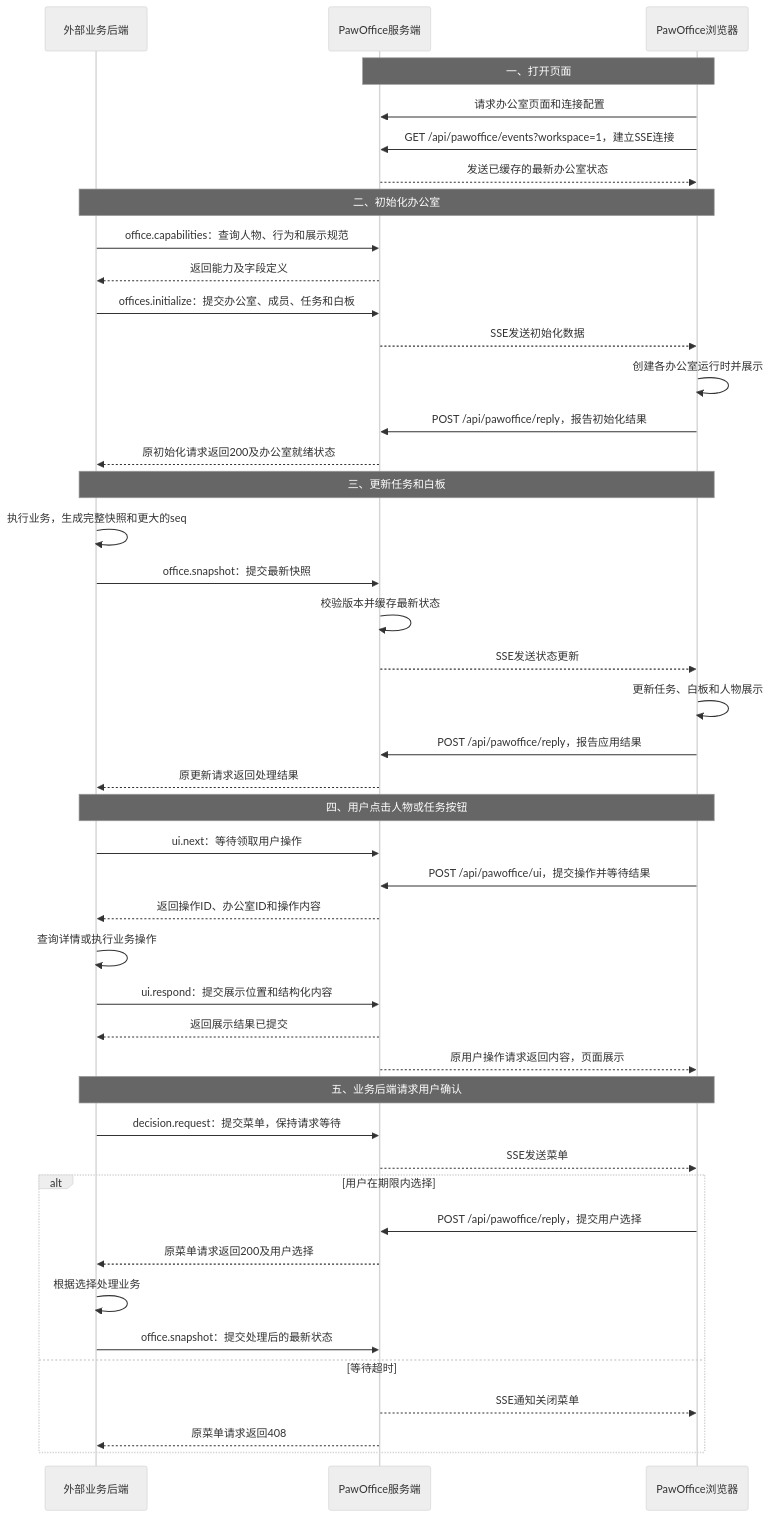
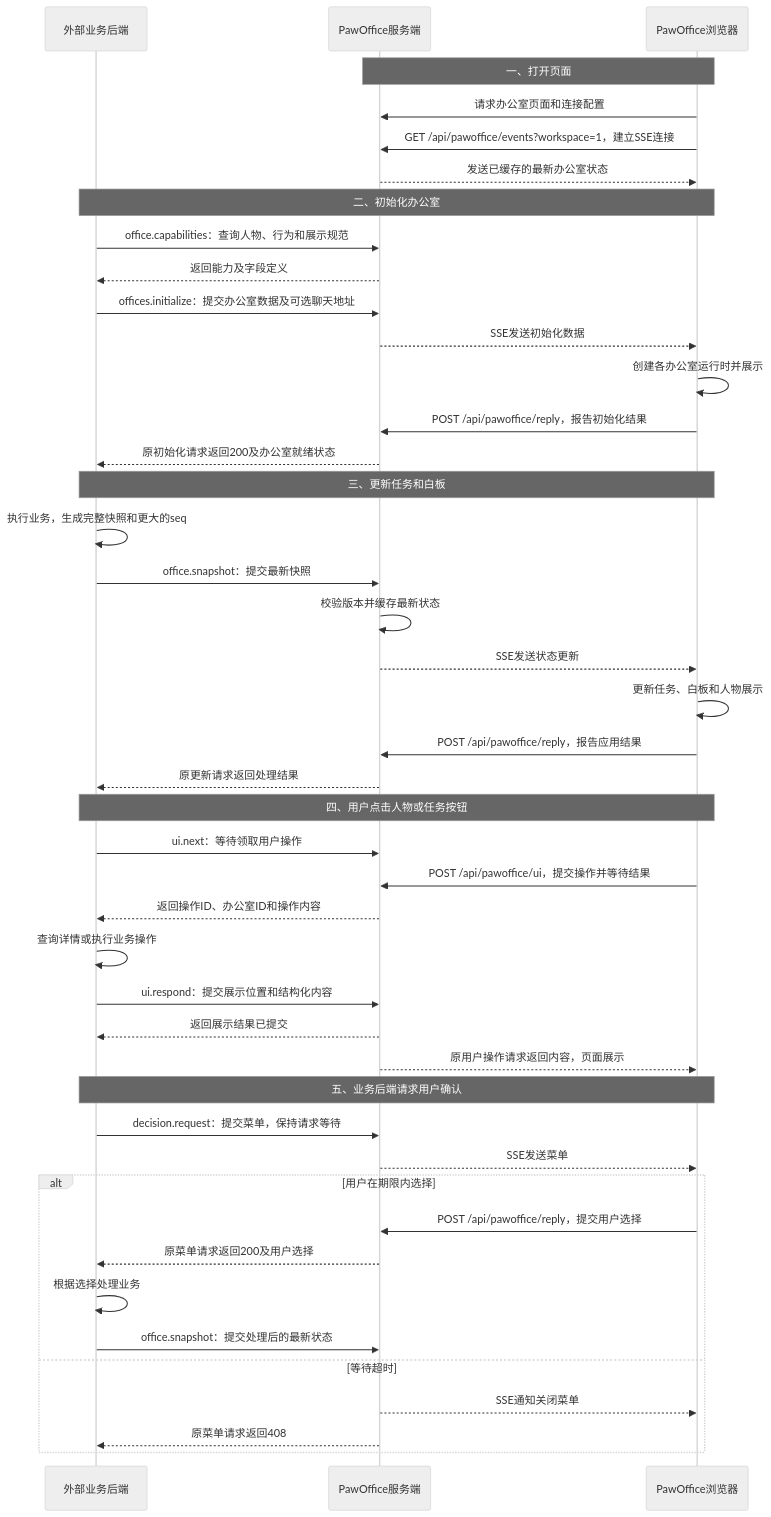
One commit to KunlunMeta-Limited/pawoffice changed the first of 3 diagrams in integration/docs/office-integration.md. Above: the diagram before and after it, drawn with Mermaid (neutral theme). The commit also changed other lines of this file and 82 other files, not shown here.

````diff
--- a/integration/docs/office-integration.md
+++ b/integration/docs/office-integration.md
@@ -27,51 +27,51 @@
 ```mermaid
 sequenceDiagram
     participant E as 外部业务后端
     participant S as PawOffice服务端
     participant B as PawOffice浏览器
 
     Note over S,B: 一、打开页面
     B->>S: 请求办公室页面和连接配置
     B->>S: GET /api/pawoffice/events?workspace=1，建立SSE连接
     S-->>B: 发送已缓存的最新办公室状态
 
     Note over E,B: 二、初始化办公室
     E->>S: office.capabilities：查询人物、行为和展示规范
     S-->>E: 返回能力及字段定义
-    E->>S: offices.initialize：提交办公室、成员、任务和白板
+    E->>S: offices.initialize：提交办公室数据及可选聊天地址
     S-->>B: SSE发送初始化数据
     B->>B: 创建各办公室运行时并展示
     B->>S: POST /api/pawoffice/reply，报告初始化结果
     S-->>E: 原初始化请求返回200及办公室就绪状态
 
     Note over E,B: 三、更新任务和白板
     E->>E: 执行业务，生成完整快照和更大的seq
     E->>S: office.snapshot：提交最新快照
     S->>S: 校验版本并缓存最新状态
     S-->>B: SSE发送状态更新
     B->>B: 更新任务、白板和人物展示
     B->>S: POST /api/pawoffice/reply，报告应用结果
     S-->>E: 原更新请求返回处理结果
 
     Note over E,B: 四、用户点击人物或任务按钮
     E->>S: ui.next：等待领取用户操作
     B->>S: POST /api/pawoffice/ui，提交操作并等待结果
     S-->>E: 返回操作ID、办公室ID和操作内容
     E->>E: 查询详情或执行业务操作
     E->>S: ui.respond：提交展示位置和结构化内容
     S-->>E: 返回展示结果已提交
     S-->>B: 原用户操作请求返回内容，页面展示
 
     Note over E,B: 五、业务后端请求用户确认
     E->>S: decision.request：提交菜单，保持请求等待
     S-->>B: SSE发送菜单
     alt 用户在期限内选择
         B->>S: POST /api/pawoffice/reply，提交用户选择
         S-->>E: 原菜单请求返回200及用户选择
         E->>E: 根据选择处理业务
         E->>S: office.snapshot：提交处理后的最新状态
     else 等待超时
         S-->>B: SSE通知关闭菜单
         S-->>E: 原菜单请求返回408
     end
 ```
````
